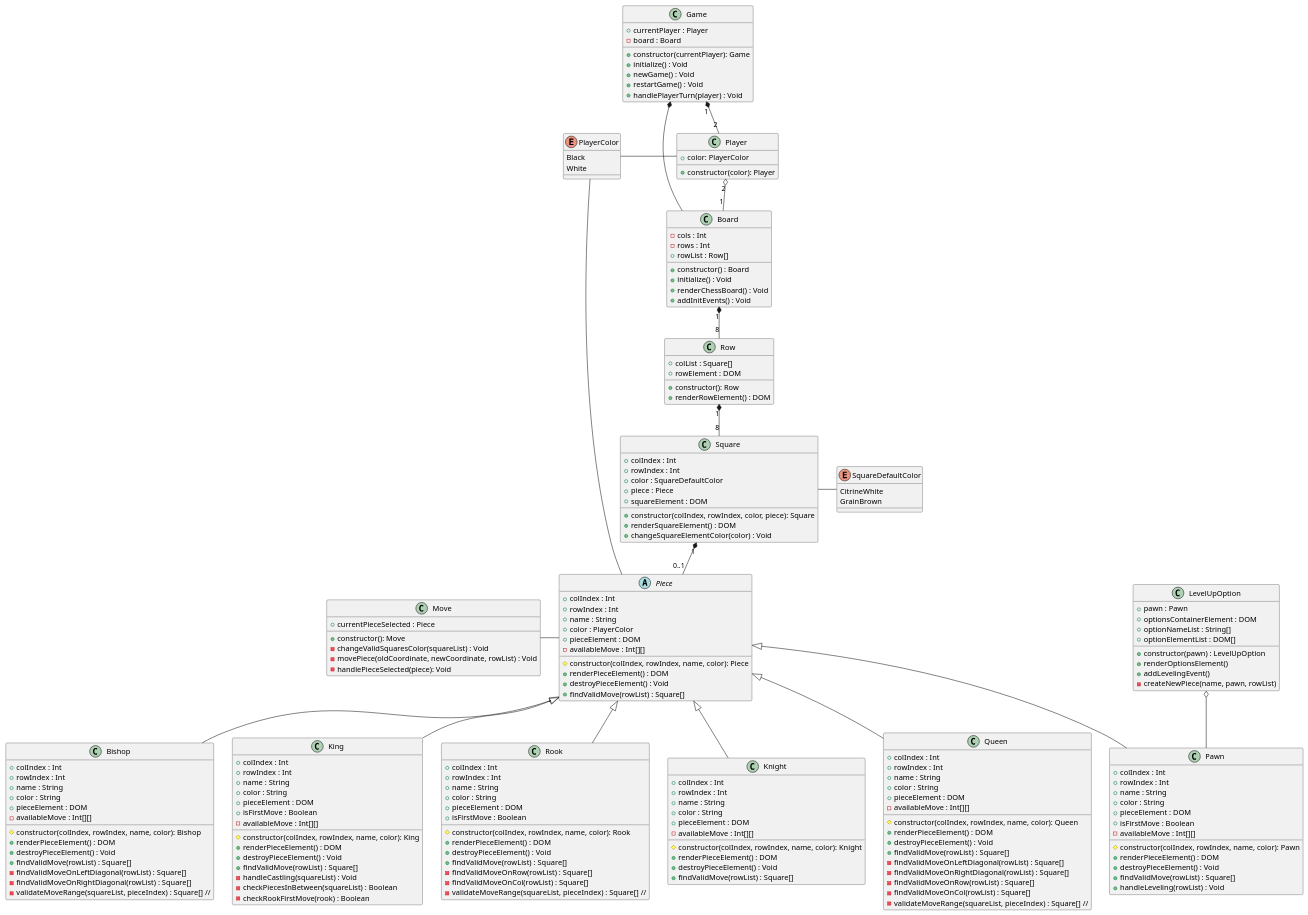
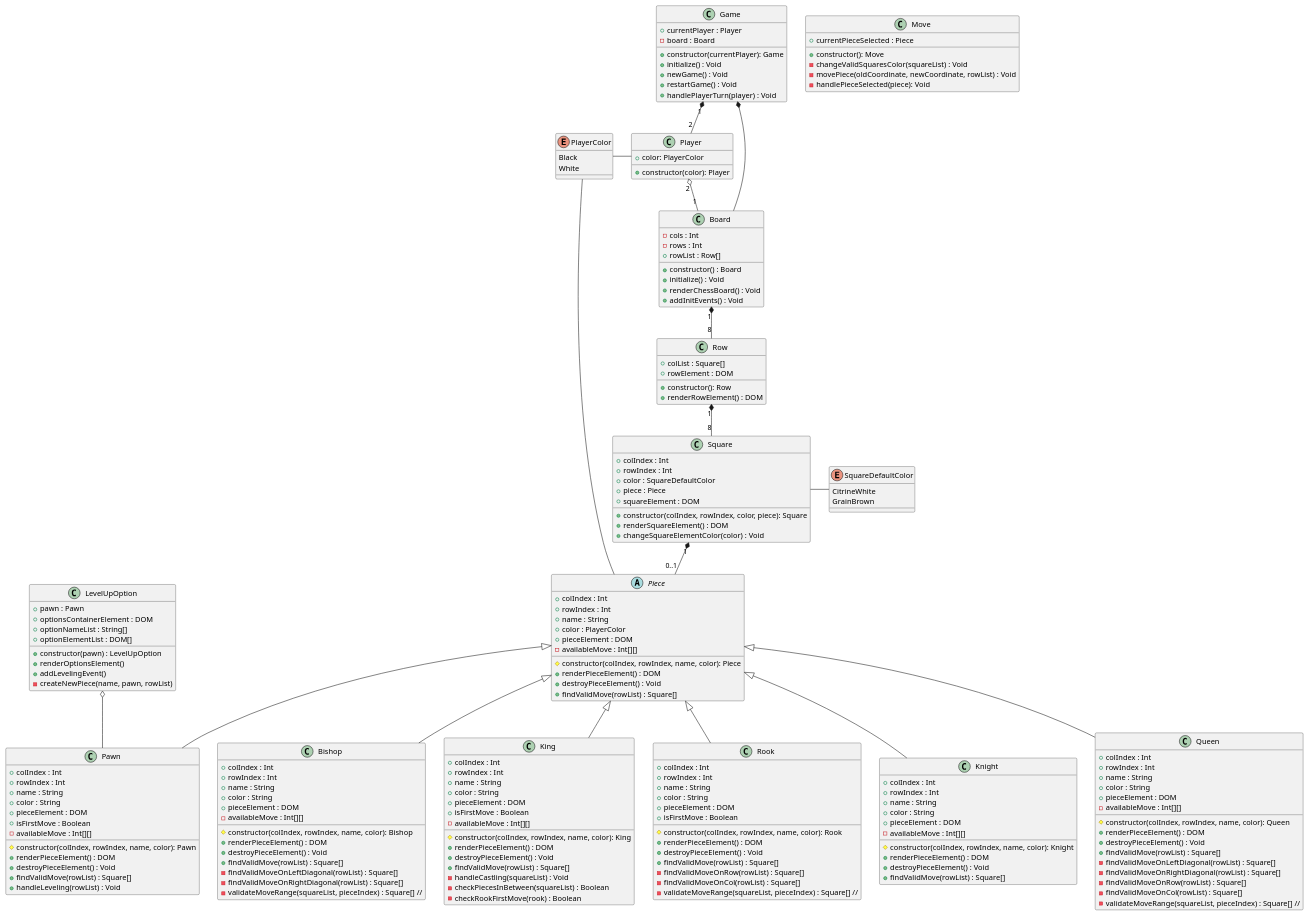
The diagram in Assets/UML/class.plantuml (arcatuka/ChessUDT), drawn with PlantUML before and after one commit. The commit also changed 1 other file, not shown here.

```diff
--- a/Assets/UML/class.plantuml
+++ b/Assets/UML/class.plantuml
@@ -200,7 +200,6 @@
 Piece <|-- Rook
 Piece <|-- Knight
 Piece <|-- Queen
-Move - Piece
 LevelUpOption o-- Pawn
 
 Game "1" *-- "2" Player
```
